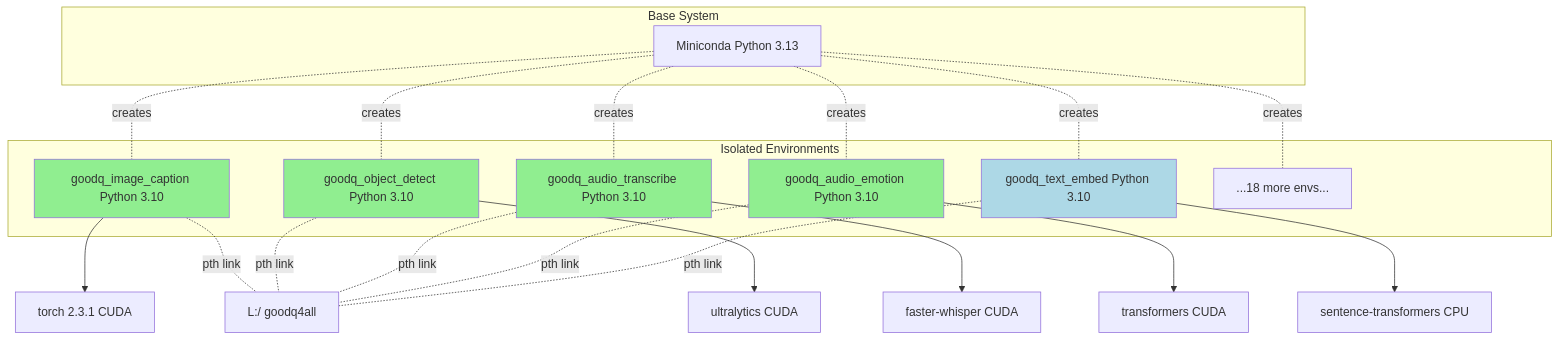
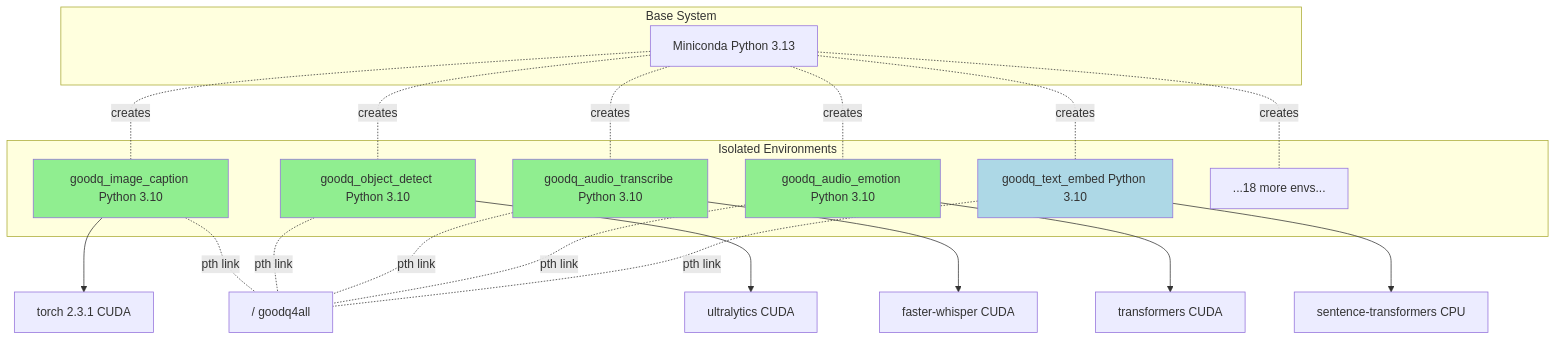
The sixth of 10 diagrams in docs/architecture/diagrams/PIPELINE_FLOW.md (GoodQ02/goodq-memory-engine), drawn with Mermaid before and after one commit. The commit also changed other lines of this file and 106 other files, not shown here.

````diff
--- a/docs/architecture/diagrams/PIPELINE_FLOW.md
+++ b/docs/architecture/diagrams/PIPELINE_FLOW.md
@@ -250,40 +250,40 @@
 ```mermaid
 graph TD
     subgraph "Base System"
         A[Miniconda Python 3.13]
     end
     
     subgraph "Isolated Environments"
         B1[goodq_image_caption Python 3.10]
         B2[goodq_object_detect Python 3.10]
         B3[goodq_audio_transcribe Python 3.10]
         B4[goodq_audio_emotion Python 3.10]
         B5[goodq_text_embed Python 3.10]
         B6[...18 more envs...]
     end
     
     A -.creates.- B1
     A -.creates.- B2
     A -.creates.- B3
     A -.creates.- B4
     A -.creates.- B5
     A -.creates.- B6
     
     B1 --> C1[torch 2.3.1 CUDA]
     B2 --> C2[ultralytics CUDA]
     B3 --> C3[faster-whisper CUDA]
     B4 --> C4[transformers CUDA]
     B5 --> C5[sentence-transformers CPU]
     
-    B1 -.pth link.- D[L:/ goodq4all]
+    B1 -.pth link.- D[<project_root>/ goodq4all]
     B2 -.pth link.- D
     B3 -.pth link.- D
     B4 -.pth link.- D
     B5 -.pth link.- D
     
     style B1 fill:#90EE90
     style B2 fill:#90EE90
     style B3 fill:#90EE90
     style B4 fill:#90EE90
     style B5 fill:#ADD8E6
 ```
````
